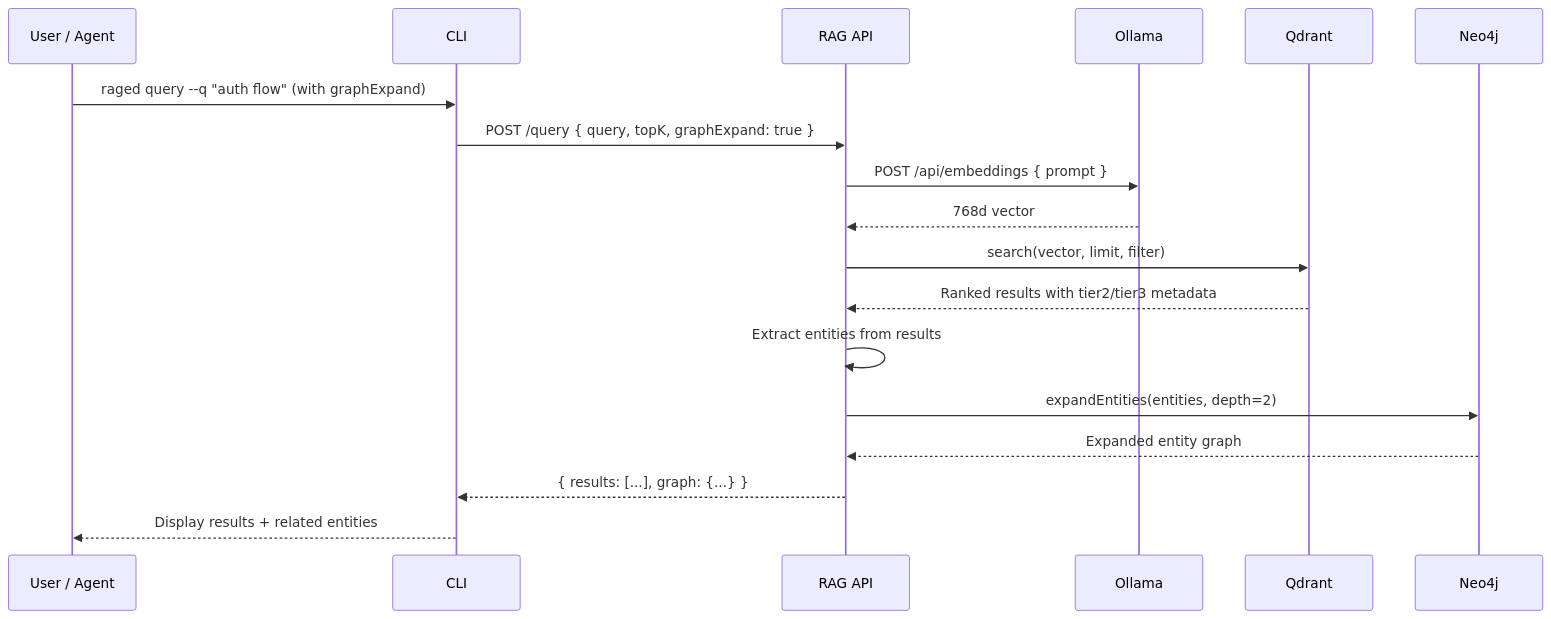
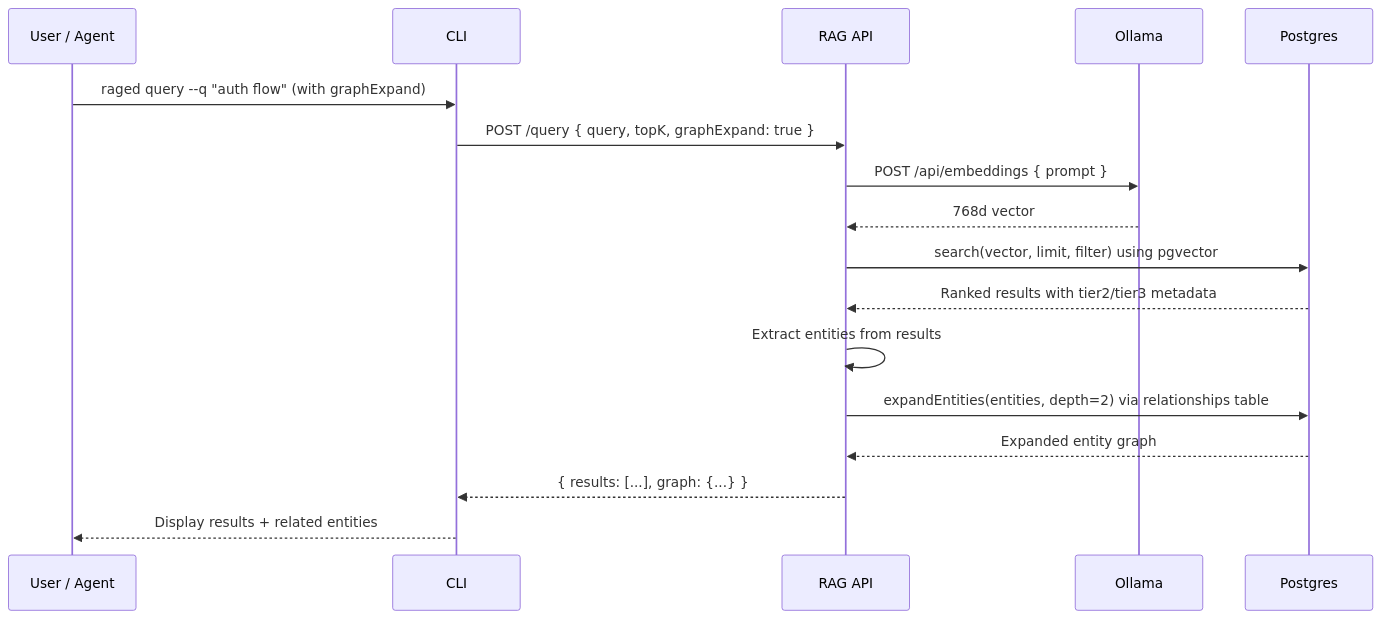
Before and after one commit to mfittko/rag-stack: the sixth of 7 diagrams in docs/01-architecture.md, drawn with Mermaid. The commit also changed other lines of this file and 6 other files, not shown here.

First line of the commit message:
docs: replace Qdrant/Neo4j/Redis with Postgres+pgvector architecture

````diff
--- a/docs/01-architecture.md
+++ b/docs/01-architecture.md
@@ -246,21 +238,20 @@
 ```mermaid
 sequenceDiagram
     participant U as User / Agent
     participant C as CLI
     participant A as RAG API
     participant O as Ollama
-    participant Q as Qdrant
-    participant N as Neo4j
+    participant P as Postgres
 
     U->>C: raged query --q "auth flow" (with graphExpand)
     C->>A: POST /query { query, topK, graphExpand: true }
     A->>O: POST /api/embeddings { prompt }
     O-->>A: 768d vector
-    A->>Q: search(vector, limit, filter)
-    Q-->>A: Ranked results with tier2/tier3 metadata
+    A->>P: search(vector, limit, filter) using pgvector
+    P-->>A: Ranked results with tier2/tier3 metadata
     A->>A: Extract entities from results
-    A->>N: expandEntities(entities, depth=2)
-    N-->>A: Expanded entity graph
+    A->>P: expandEntities(entities, depth=2) via relationships table
+    P-->>A: Expanded entity graph
     A-->>C: { results: [...], graph: {...} }
     C-->>U: Display results + related entities
 ```
````
